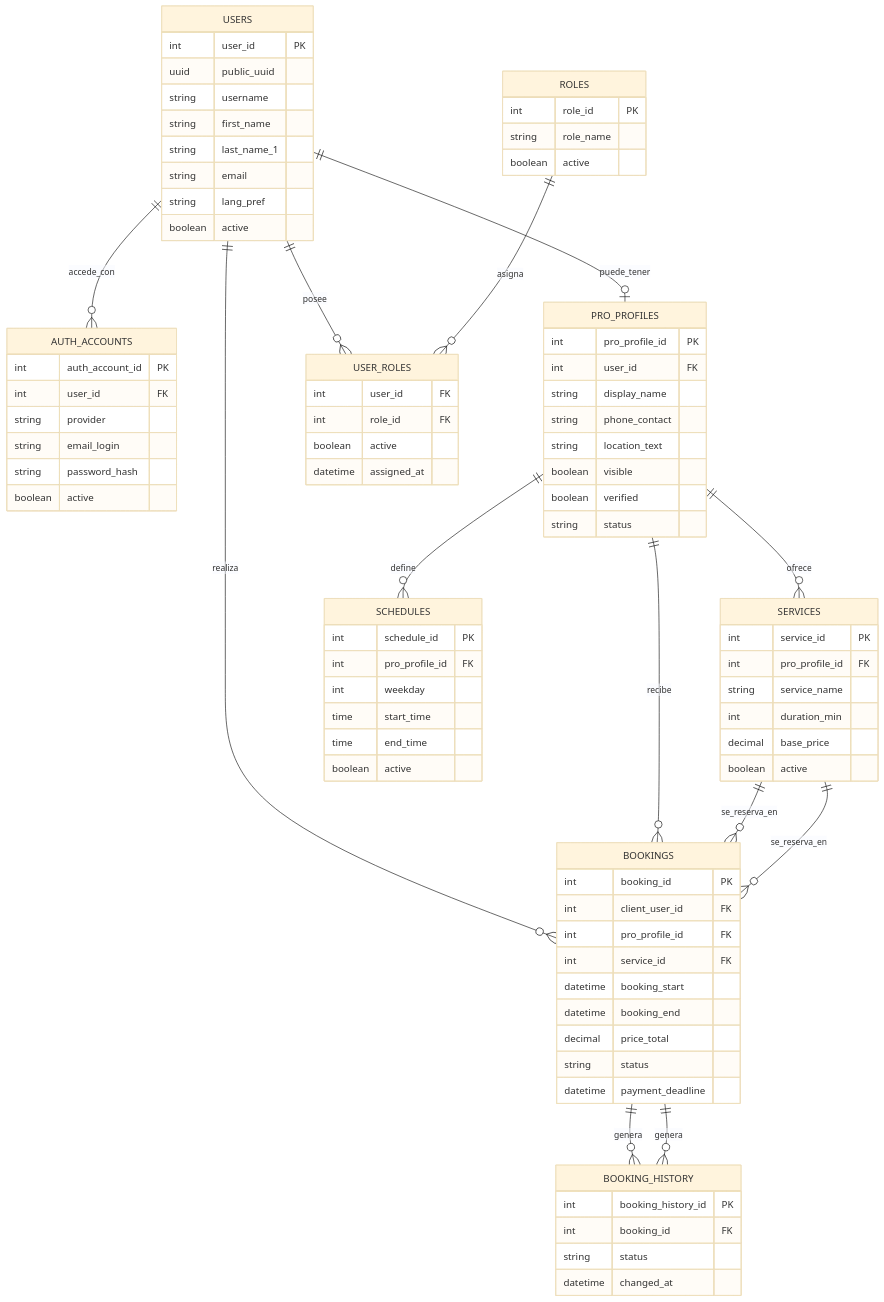
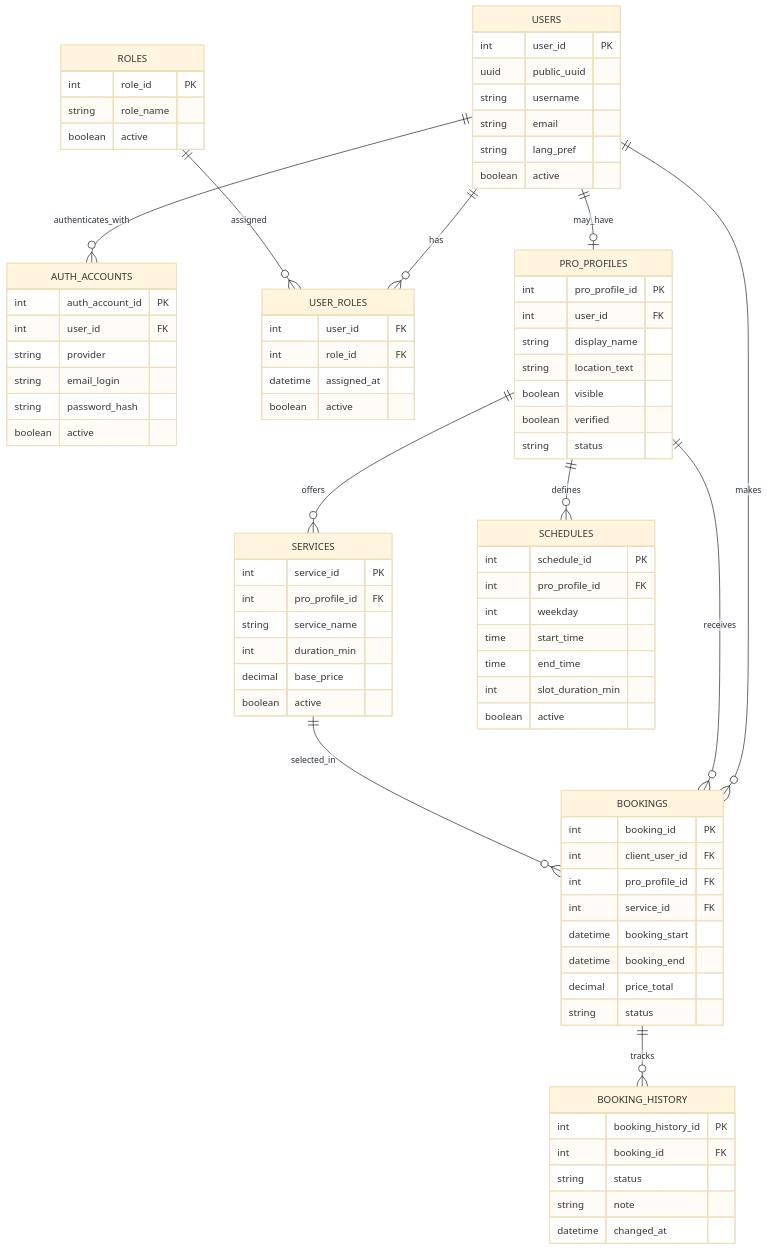
One commit to NerineDev/tfg-plataforma-citas-docs changed the diagram in bocetos/diagrama-er-completo-bloque-funcional.mmd. Above: the diagram before and after it, drawn with Mermaid (base theme).

Commit message:
Refactor ER diagram and update relationships

```diff
--- a/bocetos/diagrama-er-completo-bloque-funcional.mmd
+++ b/bocetos/diagrama-er-completo-bloque-funcional.mmd
@@ -1,94 +1,91 @@
 erDiagram
+
     USERS {
         int user_id PK
         uuid public_uuid
         string username
-        string first_name
-        string last_name_1
         string email
         string lang_pref
         boolean active
     }
 
     AUTH_ACCOUNTS {
         int auth_account_id PK
         int user_id FK
         string provider
         string email_login
         string password_hash
         boolean active
     }
 
-    PRO_PROFILES {
-        int pro_profile_id PK
-        int user_id FK
-        string display_name
-        string phone_contact
-        string location_text
-        boolean visible
-        boolean verified
-        string status
-    }
-
     ROLES {
         int role_id PK
         string role_name
         boolean active
     }
 
     USER_ROLES {
         int user_id FK
         int role_id FK
+        datetime assigned_at
         boolean active
-        datetime assigned_at
+    }
+
+    PRO_PROFILES {
+        int pro_profile_id PK
+        int user_id FK
+        string display_name
+        string location_text
+        boolean visible
+        boolean verified
+        string status
     }
 
     SERVICES {
         int service_id PK
         int pro_profile_id FK
         string service_name
         int duration_min
         decimal base_price
         boolean active
     }
 
     SCHEDULES {
         int schedule_id PK
         int pro_profile_id FK
         int weekday
         time start_time
         time end_time
+        int slot_duration_min
         boolean active
     }
 
     BOOKINGS {
         int booking_id PK
         int client_user_id FK
         int pro_profile_id FK
         int service_id FK
         datetime booking_start
         datetime booking_end
         decimal price_total
         string status
-        datetime payment_deadline
     }
 
     BOOKING_HISTORY {
         int booking_history_id PK
         int booking_id FK
         string status
+        string note
         datetime changed_at
     }
 
-    USERS ||--o{ AUTH_ACCOUNTS : accede_con
-    USERS ||--o| PRO_PROFILES : puede_tener
-    USERS ||--o{ USER_ROLES : posee
-    ROLES ||--o{ USER_ROLES : asigna
-    PRO_PROFILES ||--o{ SERVICES : ofrece
-    PRO_PROFILES ||--o{ SCHEDULES : define
-    USERS ||--o{ BOOKINGS : realiza
-    PRO_PROFILES ||--o{ BOOKINGS : recibe
-    SERVICES ||--o{ BOOKINGS : se_reserva_en
-    BOOKINGS ||--o{ BOOKING_HISTORY : genera
-    SERVICES ||--o{ BOOKINGS : se_reserva_en
-    BOOKINGS ||--o{ BOOKING_HISTORY : genera
+    USERS ||--o{ AUTH_ACCOUNTS : authenticates_with
+    USERS ||--o{ USER_ROLES : has
+    ROLES ||--o{ USER_ROLES : assigned
+    USERS ||--o| PRO_PROFILES : may_have
+    PRO_PROFILES ||--o{ SERVICES : offers
+    PRO_PROFILES ||--o{ SCHEDULES : defines
+    USERS ||--o{ BOOKINGS : makes
+    PRO_PROFILES ||--o{ BOOKINGS : receives
+    SERVICES ||--o{ BOOKINGS : selected_in
+    BOOKINGS ||--o{ BOOKING_HISTORY : tracks
```
